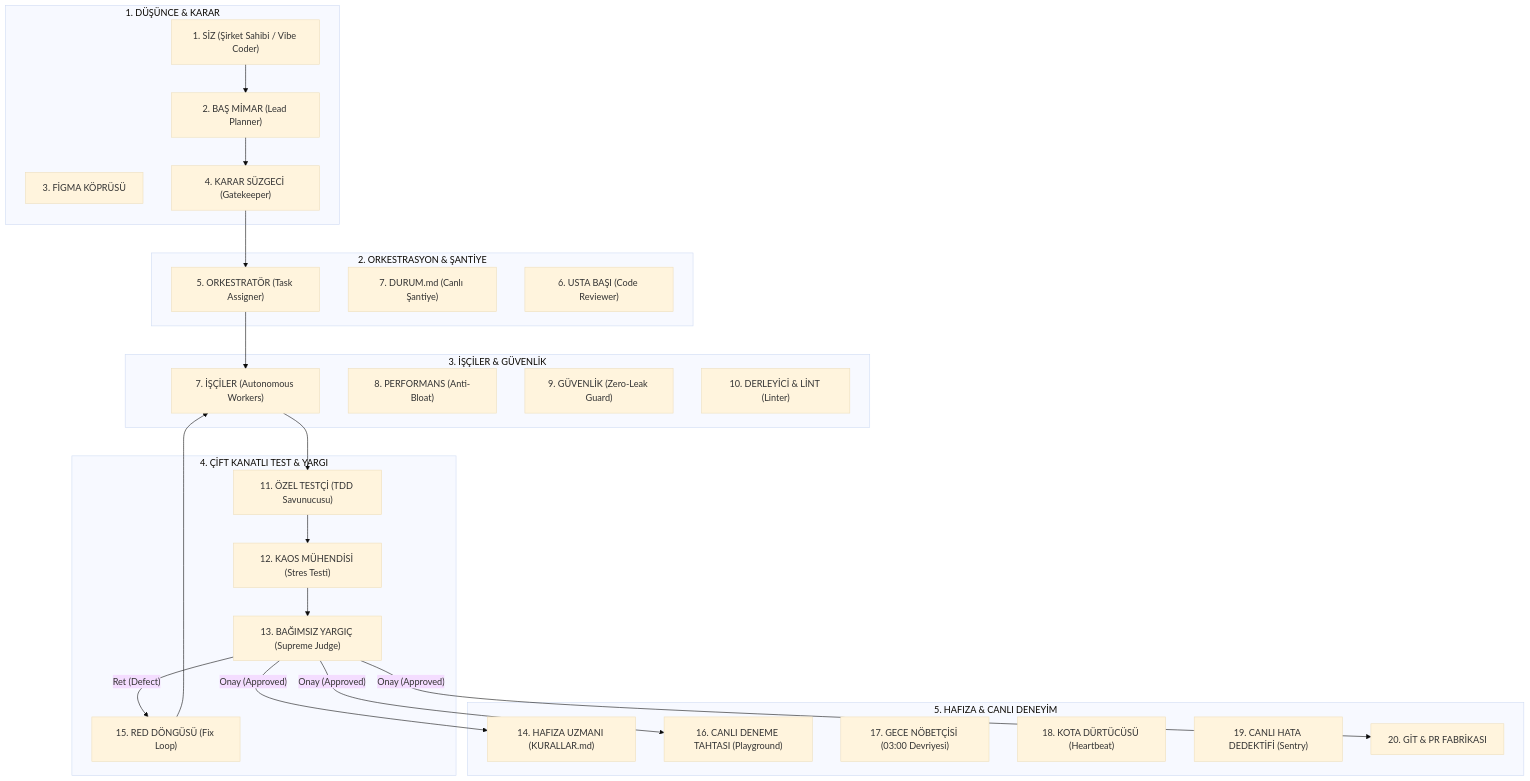
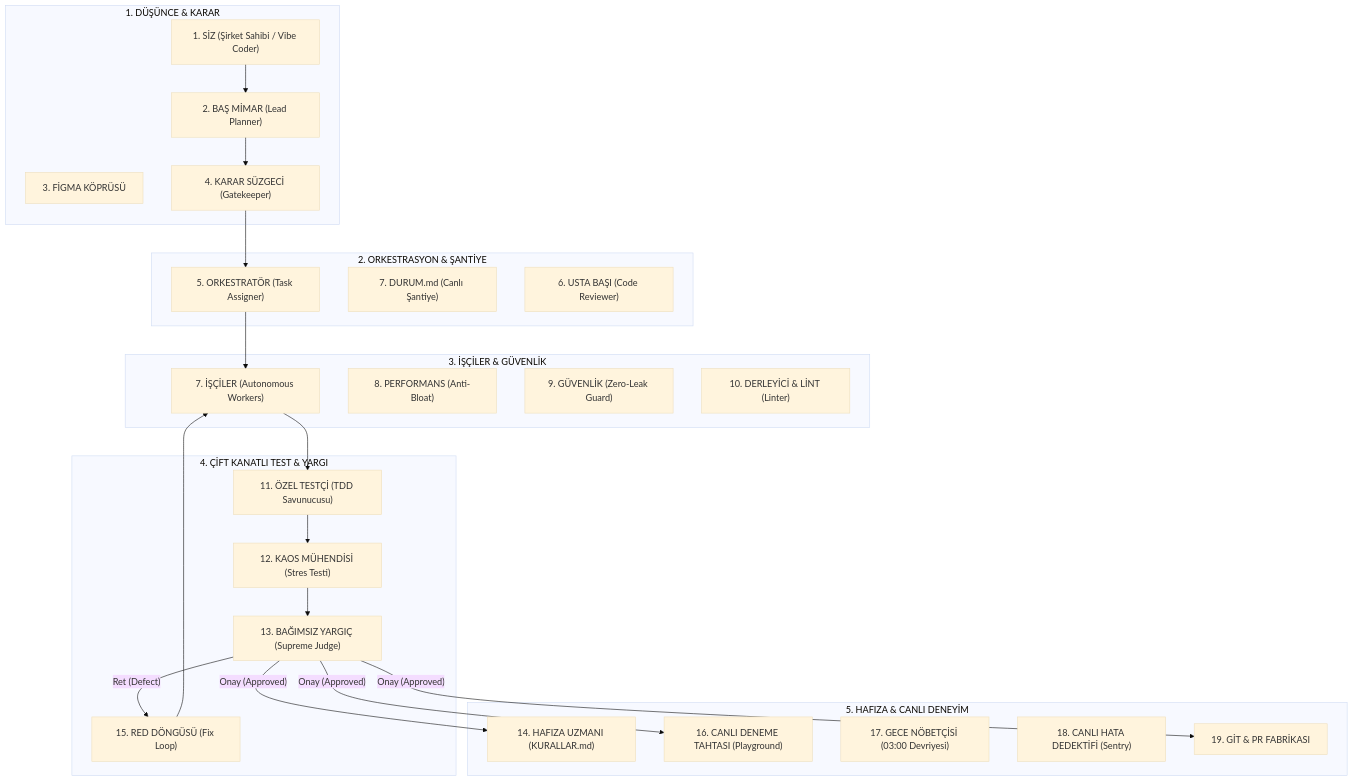
The diagram in docs/veteran_system_master_handbook.md (dogukanpayal/vigiles-engine), drawn with Mermaid (base theme) before and after one commit. The commit also changed other lines of this file and 66 other files, not shown here.

````diff
--- a/docs/veteran_system_master_handbook.md
+++ b/docs/veteran_system_master_handbook.md
@@ -14,43 +14,42 @@
 ```mermaid
 flowchart TD
     subgraph Strateji ["1. DÜŞÜNCE & KARAR"]
         U["1. SİZ (Şirket Sahibi / Vibe Coder)"]
         M["2. BAŞ MİMAR (Lead Planner)"]
         F["3. FİGMA KÖPRÜSÜ"]
         K["4. KARAR SÜZGECİ (Gatekeeper)"]
     end
 
     subgraph Yonetim ["2. ORKESTRASYON & ŞANTİYE"]
         O["5. ORKESTRATÖR (Task Assigner)"]
         D["7. DURUM.md (Canlı Şantiye)"]
         UB["6. USTA BAŞI (Code Reviewer)"]
     end
 
     subgraph Uretim ["3. İŞÇİLER & GÜVENLİK"]
         W["7. İŞÇİLER (Autonomous Workers)"]
         P["8. PERFORMANS (Anti-Bloat)"]
         S["9. GÜVENLİK (Zero-Leak Guard)"]
         T["10. DERLEYİCİ & LİNT (Linter)"]
     end
 
     subgraph Dogrulama ["4. ÇİFT KANATLI TEST & YARGI"]
         TT["11. ÖZEL TESTÇİ (TDD Savunucusu)"]
         KM["12. KAOS MÜHENDİSİ (Stres Testi)"]
         BY["13. BAĞIMSIZ YARGIÇ (Supreme Judge)"]
         RD["15. RED DÖNGÜSÜ (Fix Loop)"]
     end
 
     subgraph Hafiza ["5. HAFIZA & CANLI DENEYİM"]
         HU["14. HAFIZA UZMANI (KURALLAR.md)"]
         CP["16. CANLI DENEME TAHTASI (Playground)"]
         GN["17. GECE NÖBETÇİSİ (03:00 Devriyesi)"]
-        KD["18. KOTA DÜRTÜCÜSÜ (Heartbeat)"]
-        CD["19. CANLI HATA DEDEKTİFİ (Sentry)"]
-        GP["20. GİT & PR FABRİKASI"]
+        CD["18. CANLI HATA DEDEKTİFİ (Sentry)"]
+        GP["19. GİT & PR FABRİKASI"]
     end
 
     U --> M --> K --> O --> W
     W --> TT --> KM --> BY
     BY -- "Ret (Defect)" --> RD --> W
     BY -- "Onay (Approved)" --> HU & CP & GP
 ```
````
